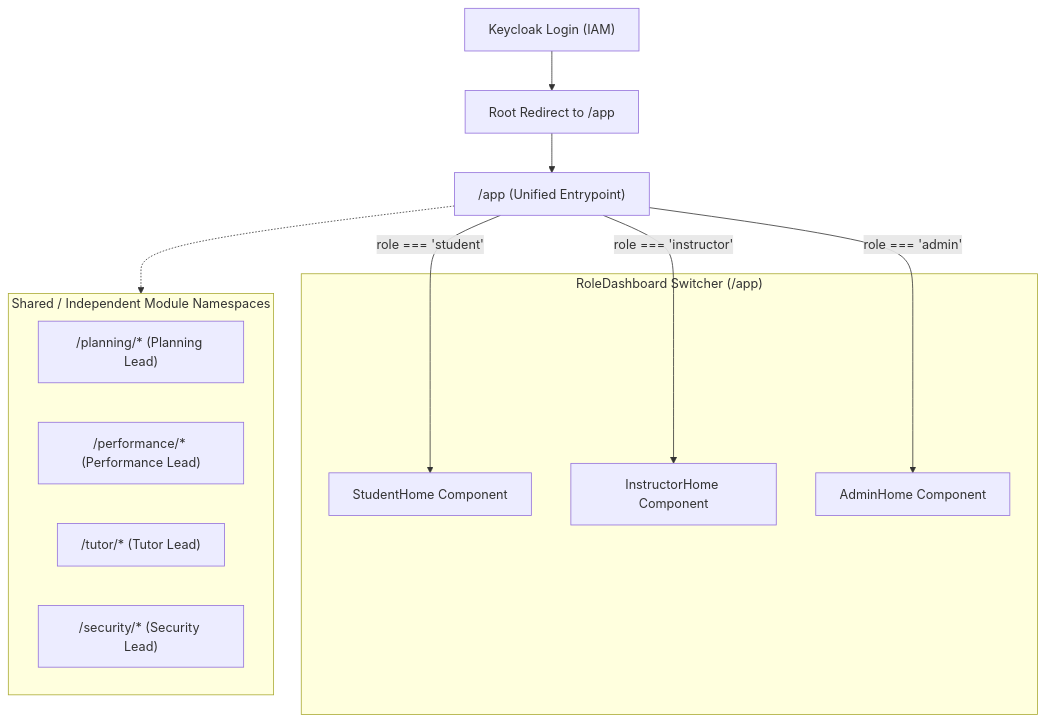
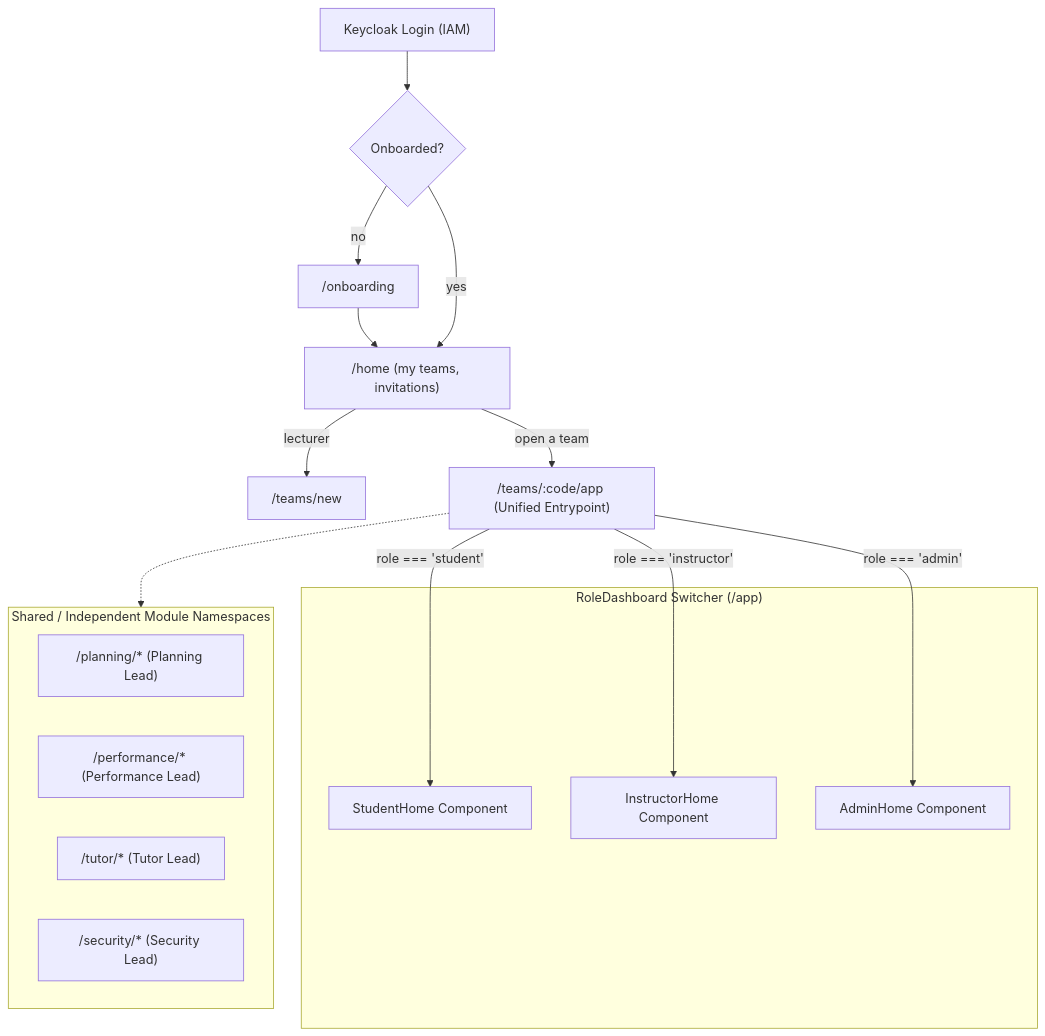
The first of 2 diagrams in frontend/docs/ROUTING_GUIDELINES.md (EMNIPUN/J26-SE-363), drawn with Mermaid before and after one commit. The commit also changed other lines of this file and 13 other files, not shown here.

First line of the commit message:
docs: registration, onboarding and teams

````diff
--- a/frontend/docs/ROUTING_GUIDELINES.md
+++ b/frontend/docs/ROUTING_GUIDELINES.md
@@ -27,24 +28,28 @@
 ```mermaid
 flowchart TD
-    Login["Keycloak Login (IAM)"] --> Redirect["Root Redirect to /app"]
-    Redirect --> AppRoute["/app (Unified Entrypoint)"]
+    Login["Keycloak Login (IAM)"] --> Onboarded{"Onboarded?"}
+    Onboarded -->|"no"| Onboarding["/onboarding"]
+    Onboarding --> Home
+    Onboarded -->|"yes"| Home["/home (my teams, invitations)"]
+    Home -->|"lecturer"| NewTeam["/teams/new"]
+    Home -->|"open a team"| AppRoute["/teams/:code/app (Unified Entrypoint)"]
     
     subgraph RoleDashboards ["RoleDashboard Switcher (/app)"]
         StudentDash["StudentHome Component"]
         InstructorDash["InstructorHome Component"]
         AdminDash["AdminHome Component"]
     end
     
     AppRoute -->|"role === 'student'"| StudentDash
     AppRoute -->|"role === 'instructor'"| InstructorDash
     AppRoute -->|"role === 'admin'"| AdminDash
 
     subgraph ModuleRoutes ["Shared / Independent Module Namespaces"]
         Planning["/planning/* (Planning Lead)"]
         Performance["/performance/* (Performance Lead)"]
         Tutor["/tutor/* (Tutor Lead)"]
         Security["/security/* (Security Lead)"]
     end
 
     AppRoute -.-> ModuleRoutes
 ```
````
